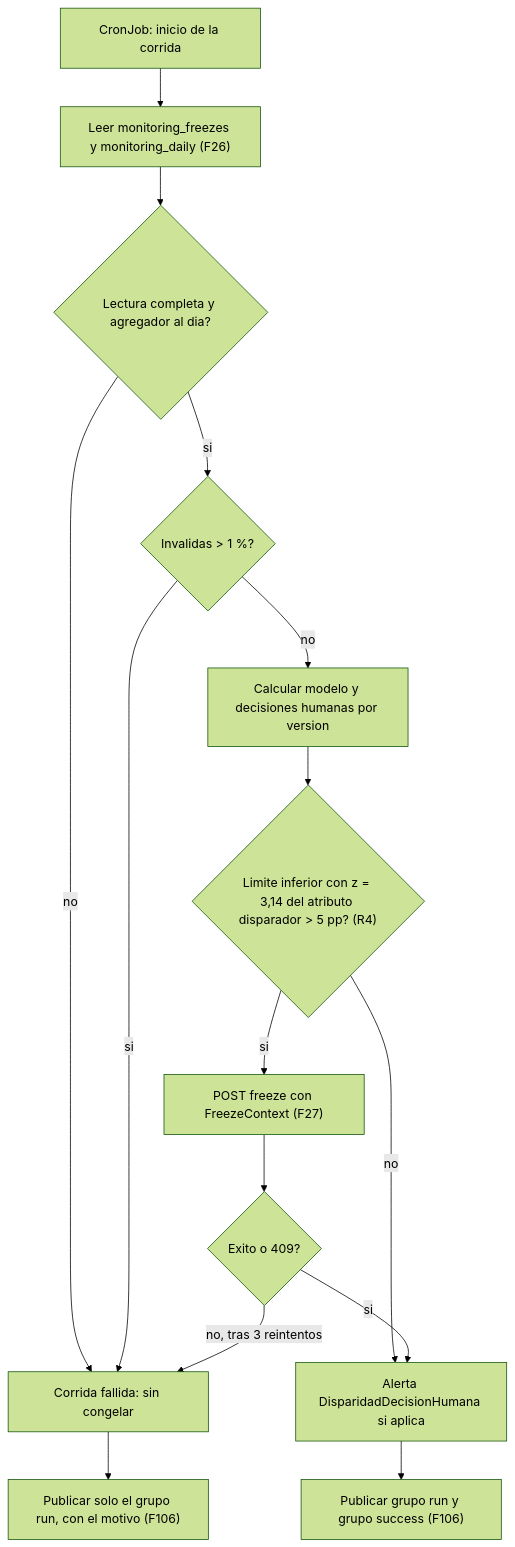
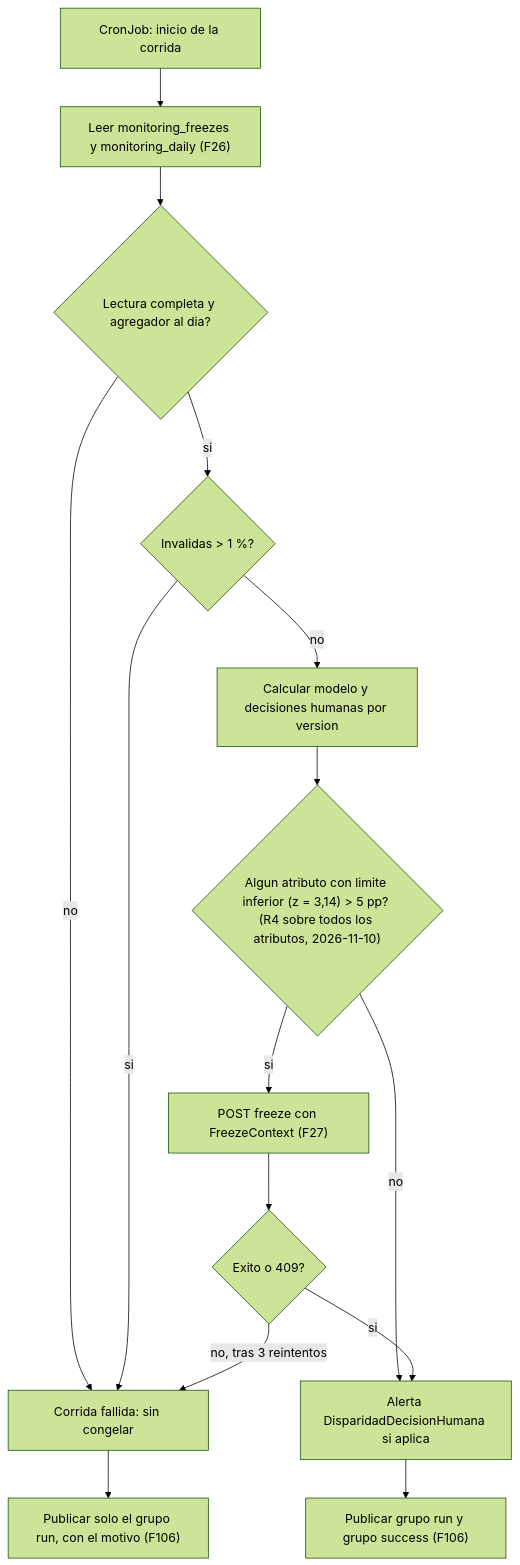
Before and after one commit to jjlloobb/topicos-especiales-credito-de-vivienda: the diagram in vectra-risk/aidlc-docs/construction/bias-monitoring/functional-design/business-logic-model.md, drawn with Mermaid (forest theme). The commit also changed other lines of this file and 24 other files, not shown here.

````diff
--- a/vectra-risk/aidlc-docs/construction/bias-monitoring/functional-design/business-logic-model.md
+++ b/vectra-risk/aidlc-docs/construction/bias-monitoring/functional-design/business-logic-model.md
@@ -28,27 +28,27 @@
 ```mermaid
 flowchart TD
     start["CronJob: inicio de la corrida"]
     read["Leer monitoring_freezes y monitoring_daily (F26)"]
     readFail{"Lectura completa y agregador al dia?"}
     invalid{"Invalidas > 1 %?"}
     calc["Calcular modelo y decisiones humanas por version"]
-    rule{"Limite inferior con z = 3,14 del atributo disparador > 5 pp? (R4)"}
+    rule{"Algun atributo con limite inferior (z = 3,14) > 5 pp? (R4 sobre todos los atributos, 2026-11-10)"}
     freeze["POST freeze con FreezeContext (F27)"]
     freezeOk{"Exito o 409?"}
     human["Alerta DisparidadDecisionHumana si aplica"]
     publish["Publicar grupo run y grupo success (F106)"]
     failed["Corrida fallida: sin congelar"]
     publishRun["Publicar solo el grupo run, con el motivo (F106)"]
 
     start --> read --> readFail
     readFail -->|"no"| failed
     readFail -->|"si"| invalid
     invalid -->|"si"| failed
     invalid -->|"no"| calc --> rule
     rule -->|"si"| freeze --> freezeOk
     rule -->|"no"| human
     freezeOk -->|"si"| human
     freezeOk -->|"no, tras 3 reintentos"| failed
     human --> publish
     failed --> publishRun
 ```
````
